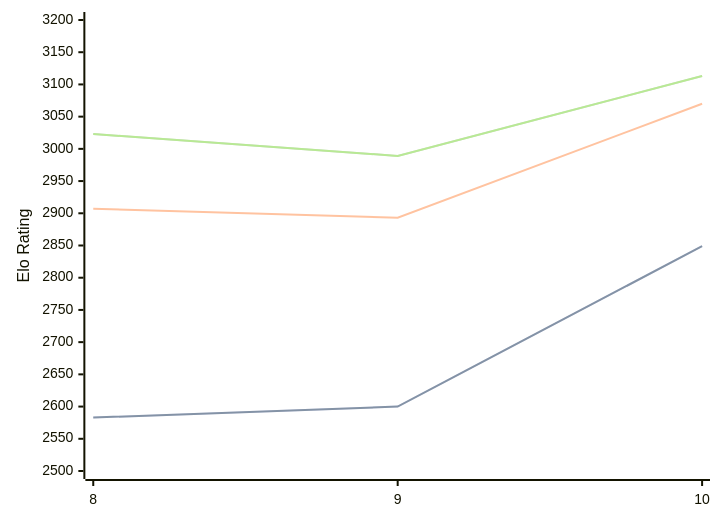
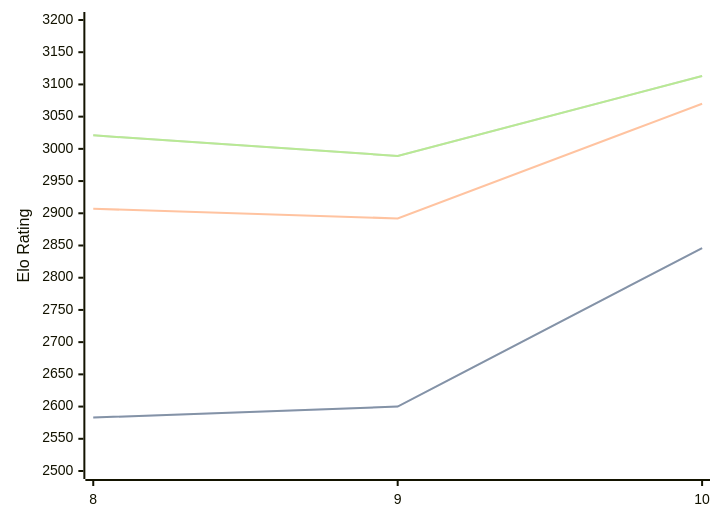
One commit to computer-chess-index/cci changed the diagram in engines/Lozza.md. Above: the diagram before and after it, drawn with Mermaid. The commit also changed other lines of this file, not shown here.

Commit message:
Update CCI Ratings (ELO VLTC) - 2026-07-28

````diff
--- a/engines/Lozza.md
+++ b/engines/Lozza.md
@@ -41,11 +41,11 @@
 ```mermaid
 %%{init: {"theme":"base","themeVariables":{"seriesColors:['#a3a3a3','#222221','#faa371']}}}%%
 xychart-beta
   x-axis ["8", "9", "10"]
   y-axis "Elo Rating" 2500 --> 3200
-  line "STC (8.0+0.08s)" [2583, 2600, 2849]
-  line "STC (8.0+0.08s)" [2583, 2600, 2849]
-  line "LTC (60.0+0.60s)" [2907, 2893, 3070]
-  line "VLTC (2m24s+1.12s)" [3023, 2989, 3113]
-  line "VLTC (2m24s+1.12s)" [3023, 2989, 3113]
+  line "STC (8.0+0.08s)" [2583, 2600, 2846]
+  line "STC (8.0+0.08s)" [2583, 2600, 2846]
+  line "LTC (60.0+0.60s)" [2907, 2892, 3070]
+  line "VLTC (2m24s+1.12s)" [3021, 2989, 3113]
+  line "VLTC (2m24s+1.12s)" [3021, 2989, 3113]
 ```
````
